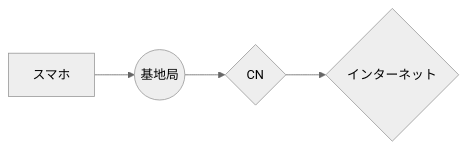
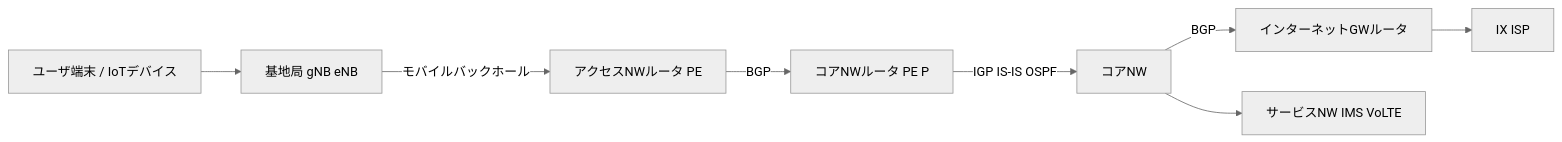
The diagram in README.md (Austriaeste/core-network-memo), drawn with Mermaid (neutral theme) before and after one commit. The commit also changed other lines of this file, not shown here.

````diff
--- a/README.md
+++ b/README.md
@@ -16,6 +29,10 @@
 ```mermaid
 graph LR
-A[スマホ] --> B((基地局))
-B --> C{CN}
-C --> D{インターネット}
+    A[ユーザ端末 / IoTデバイス] --> B[基地局 gNB eNB]
+    B -- モバイルバックホール --> C[アクセスNWルータ PE]
+    C -- BGP --> D[コアNWルータ PE P]
+    D -- IGP IS-IS OSPF --> E[コアNW]
+    E -- BGP --> F[インターネットGWルータ]
+    F --> G[IX ISP]
+    E --> H[サービスNW IMS VoLTE]
 ```
````
